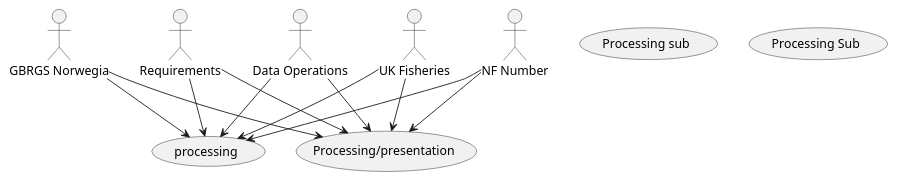
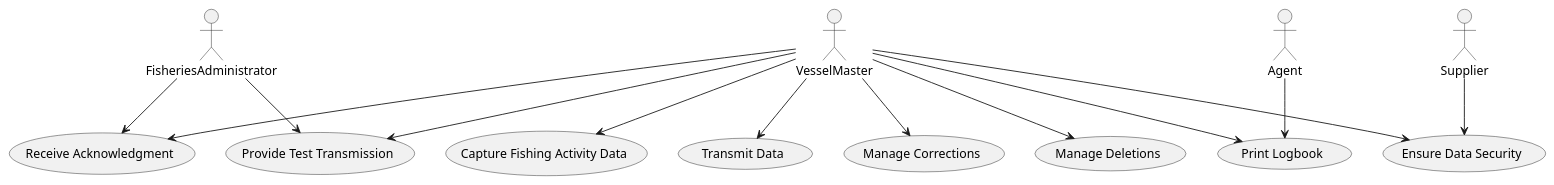
The diagram in Data/processed/2010 - fishing_use_case_uml_code.puml (energyperformer/Automating-Software-Design-Process-using-LLM), drawn with PlantUML before and after one commit. The commit also changed 91 other files, not shown here.

```diff
--- a/Data/processed/2010 - fishing_use_case_uml_code.puml
+++ b/Data/processed/2010 - fishing_use_case_uml_code.puml
@@ -1,21 +1,31 @@
 @startuml
-actor "NF Number"
-actor "GBRGS Norwegia"
-actor "Requirements"
-actor "Data Operations"
-actor "UK Fisheries"
-usecase "processing"
-usecase "Processing/presentation"
-usecase "Processing sub"
-usecase "Processing Sub"
-"NF Number" --> "processing"
-"NF Number" --> "Processing/presentation"
-"GBRGS Norwegia" --> "processing"
-"GBRGS Norwegia" --> "Processing/presentation"
-"Requirements" --> "processing"
-"Requirements" --> "Processing/presentation"
-"Data Operations" --> "processing"
-"Data Operations" --> "Processing/presentation"
-"UK Fisheries" --> "processing"
-"UK Fisheries" --> "Processing/presentation"
+actor VesselMaster
+actor FisheriesAdministrator
+actor Supplier
+actor Agent
+
+usecase "Capture Fishing Activity Data" as CaptureData
+usecase "Transmit Data" as TransmitData
+usecase "Receive Acknowledgment" as ReceiveAck
+usecase "Print Logbook" as PrintLogbook
+usecase "Provide Test Transmission" as TestTransmission
+usecase "Manage Corrections" as ManageCorrections
+usecase "Manage Deletions" as ManageDeletions
+usecase "Ensure Data Security" as EnsureSecurity
+
+VesselMaster --> CaptureData
+VesselMaster --> TransmitData
+VesselMaster --> ReceiveAck
+VesselMaster --> PrintLogbook
+VesselMaster --> TestTransmission
+VesselMaster --> ManageCorrections
+VesselMaster --> ManageDeletions
+VesselMaster --> EnsureSecurity
+
+FisheriesAdministrator --> ReceiveAck
+FisheriesAdministrator --> TestTransmission
+
+Supplier --> EnsureSecurity
+
+Agent --> PrintLogbook
 @enduml
```
